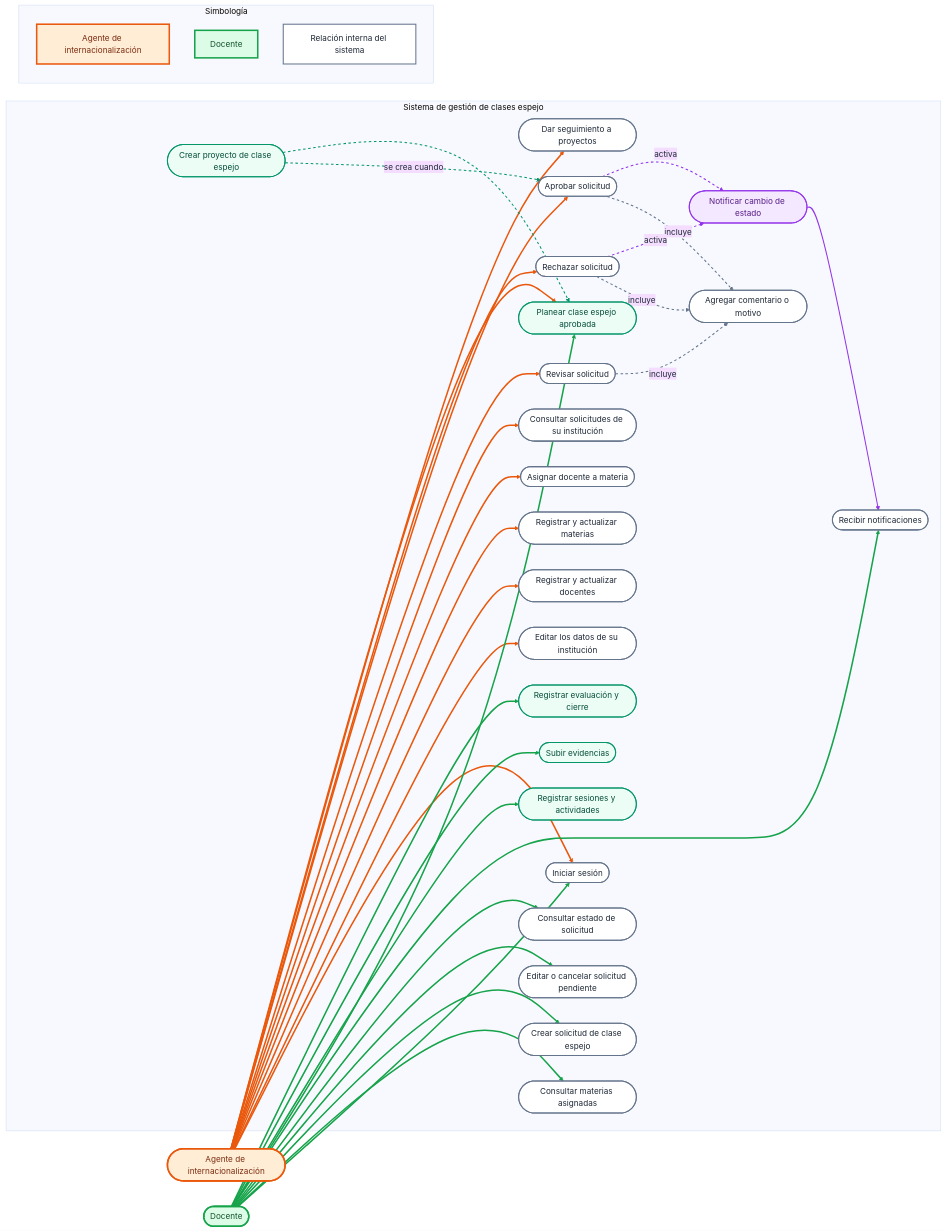
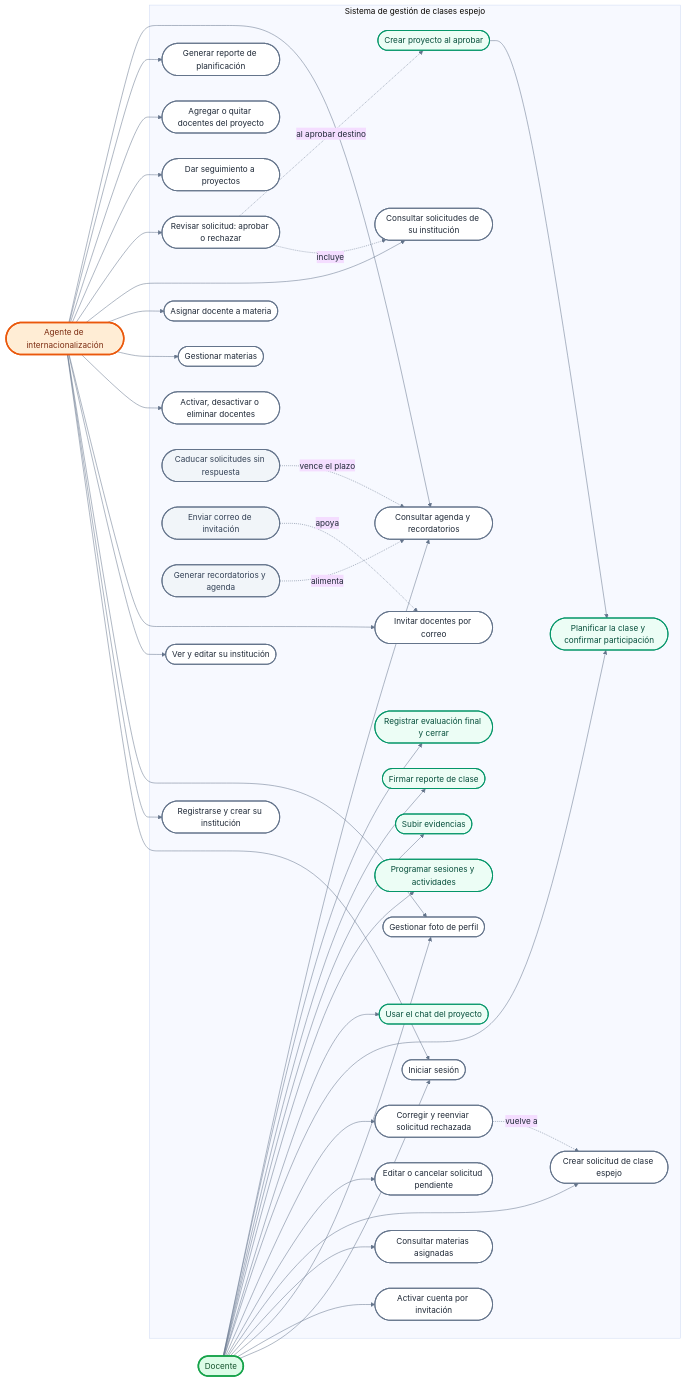
The diagram in docs/diagramas/casos_de_uso.md (RICARDOSOTO6/clases-espejo), drawn with Mermaid before and after one commit. The commit also changed 30 other files, not shown here.

````diff
--- a/docs/diagramas/casos_de_uso.md
+++ b/docs/diagramas/casos_de_uso.md
@@ -18,48 +18,50 @@
     Agente([Agente de internacionalización])
     Docente([Docente])
 
-
     %% =========================
     %% SISTEMA
     %% =========================
 
     subgraph Sistema["Sistema de gestión de clases espejo"]
 
-        %% Autenticación
+        %% Autenticación y cuenta
         UC1([Iniciar sesión])
+        UC2([Registrarse y crear su institución])
+        UC3([Activar cuenta por invitación])
+        UC4([Gestionar foto de perfil])
 
         %% Agente
-        UC2([Editar los datos de su institución])
-        UC5([Registrar y actualizar docentes])
-        UC6([Registrar y actualizar materias])
-        UC7([Asignar docente a materia])
-        UC8([Consultar solicitudes de su institución])
-
-        UC9([Revisar solicitud])
-        UC10([Aprobar solicitud])
-        UC11([Rechazar solicitud])
-        UC12([Agregar comentario o motivo])
-        UC13([Dar seguimiento a proyectos])
+        UC5([Ver y editar su institución])
+        UC6([Invitar docentes por correo])
+        UC7([Activar, desactivar o eliminar docentes])
+        UC8([Gestionar materias])
+        UC9([Asignar docente a materia])
+        UC10([Consultar solicitudes de su institución])
+        UC11([Revisar solicitud: aprobar o rechazar])
+        UC12([Dar seguimiento a proyectos])
+        UC13([Agregar o quitar docentes del proyecto])
+        UC14([Generar reporte de planificación])
 
         %% Docente
-        UC14([Consultar materias asignadas])
-        UC15([Crear solicitud de clase espejo])
-        UC16([Editar o cancelar solicitud pendiente])
-        UC17([Consultar estado de solicitud])
-        UC18([Recibir notificaciones])
+        UC15([Consultar materias asignadas])
+        UC16([Crear solicitud de clase espejo])
+        UC17([Editar o cancelar solicitud pendiente])
+        UC18([Corregir y reenviar solicitud rechazada])
+        UC19([Planificar la clase y confirmar participación])
+        UC20([Usar el chat del proyecto])
+        UC21([Programar sesiones y actividades])
+        UC22([Subir evidencias])
+        UC23([Firmar reporte de clase])
+        UC24([Registrar evaluación final y cerrar])
+        UC25([Consultar agenda y recordatorios])
 
-        %% Proyecto
-        UC19([Planear clase espejo aprobada])
-        UC20([Registrar sesiones y actividades])
-        UC21([Subir evidencias])
-        UC22([Registrar evaluación y cierre])
-
-        %% Sistema
-        UC23([Notificar cambio de estado])
-        UC24([Crear proyecto de clase espejo])
+        %% Sistema (interno)
+        UC26([Crear proyecto al aprobar])
+        UC27([Caducar solicitudes sin respuesta])
+        UC28([Enviar correo de invitación])
+        UC29([Generar recordatorios y agenda])
 
     end
-
 
     %% =========================
     %% RELACIONES AGENTE
@@ -67,6 +69,7 @@
 
     Agente --> UC1
     Agente --> UC2
+    Agente --> UC4
     Agente --> UC5
     Agente --> UC6
     Agente --> UC7
@@ -74,16 +77,18 @@
     Agente --> UC9
     Agente --> UC10
     Agente --> UC11
+    Agente --> UC12
     Agente --> UC13
-    Agente --> UC19
-
+    Agente --> UC14
+    Agente --> UC25
 
     %% =========================
     %% RELACIONES DOCENTE
     %% =========================
 
     Docente --> UC1
-    Docente --> UC14
+    Docente --> UC3
+    Docente --> UC4
     Docente --> UC15
     Docente --> UC16
     Docente --> UC17
@@ -92,27 +97,26 @@
     Docente --> UC20
     Docente --> UC21
     Docente --> UC22
-
+    Docente --> UC23
+    Docente --> UC24
+    Docente --> UC25
 
     %% =========================
     %% RELACIONES INTERNAS
     %% =========================
 
-    UC9 -. incluye .-> UC12
-    UC10 -. incluye .-> UC12
-    UC11 -. incluye .-> UC12
+    UC11 -. incluye .-> UC10
+    UC11 -. "al aprobar destino" .-> UC26
+    UC26 --> UC19
 
-    UC10 -. activa .-> UC23
-    UC11 -. activa .-> UC23
+    UC27 -. "vence el plazo" .-> UC25
+    UC28 -. "apoya" .-> UC6
+    UC29 -. "alimenta" .-> UC25
 
-    UC23 --> UC18
-
-    UC24 -. se crea cuando .-> UC10
-    UC24 --> UC19
-
+    UC18 -. "vuelve a" .-> UC16
 
     %% =========================
-    %% ESTILOS DE ACTORES
+    %% ESTILOS
     %% =========================
 
     classDef agente fill:#FFEDD5,stroke:#EA580C,color:#7C2D12,stroke-width:3px
@@ -121,59 +125,11 @@
     class Agente agente
     class Docente docente
 
-
-    %% =========================
-    %% ESTILOS DE CASOS DE USO
-    %% =========================
-
     classDef casoUso fill:#FFFFFF,stroke:#64748B,color:#1F2937,stroke-width:2px
-    classDef notificacion fill:#F3E8FF,stroke:#9333EA,color:#581C87,stroke-width:2px
+    classDef sistema fill:#F1F5F9,stroke:#64748B,color:#334155,stroke-width:2px
     classDef proyecto fill:#ECFDF5,stroke:#059669,color:#064E3B,stroke-width:2px
 
-    class UC1,UC2,UC5,UC6,UC7,UC8,UC9,UC10,UC11,UC12,UC13,UC14,UC15,UC16,UC17,UC18 casoUso
-
-    class UC23 notificacion
-    class UC19,UC20,UC21,UC22,UC24 proyecto
-
-
-    %% =========================
-    %% FLECHAS DEL AGENTE
-    %% =========================
-
-    linkStyle 0,1,2,3,4,5,6,7,8,9,10 stroke:#EA580C,stroke-width:3px
-
-
-    %% =========================
-    %% FLECHAS DEL DOCENTE
-    %% =========================
-
-    linkStyle 11,12,13,14,15,16,17,18,19,20 stroke:#16A34A,stroke-width:3px
-
-
-    %% =========================
-    %% RELACIONES INTERNAS
-    %% =========================
-
-    linkStyle 21,22,23 stroke:#64748B,stroke-width:2px,stroke-dasharray:5
-    linkStyle 24,25 stroke:#9333EA,stroke-width:2px,stroke-dasharray:5
-    linkStyle 26 stroke:#9333EA,stroke-width:2px
-    linkStyle 27,28 stroke:#059669,stroke-width:2px,stroke-dasharray:5
-
-
-    %% =========================
-    %% LEYENDA
-    %% =========================
-
-    subgraph Leyenda["Simbología"]
-
-        L2[Agente de internacionalización]
-        L3[Docente]
-        L4[Relación interna del sistema]
-
-    end
-
-    class L2 agente
-    class L3 docente
-    class L4 casoUso
-
+    class UC1,UC2,UC3,UC4,UC5,UC6,UC7,UC8,UC9,UC10,UC11,UC12,UC13,UC14,UC15,UC16,UC17,UC18,UC19,UC20,UC21,UC22,UC23,UC24,UC25 casoUso
+    class UC26,UC27,UC28,UC29 sistema
+    class UC19,UC20,UC21,UC22,UC23,UC24,UC26 proyecto
 ```
````
